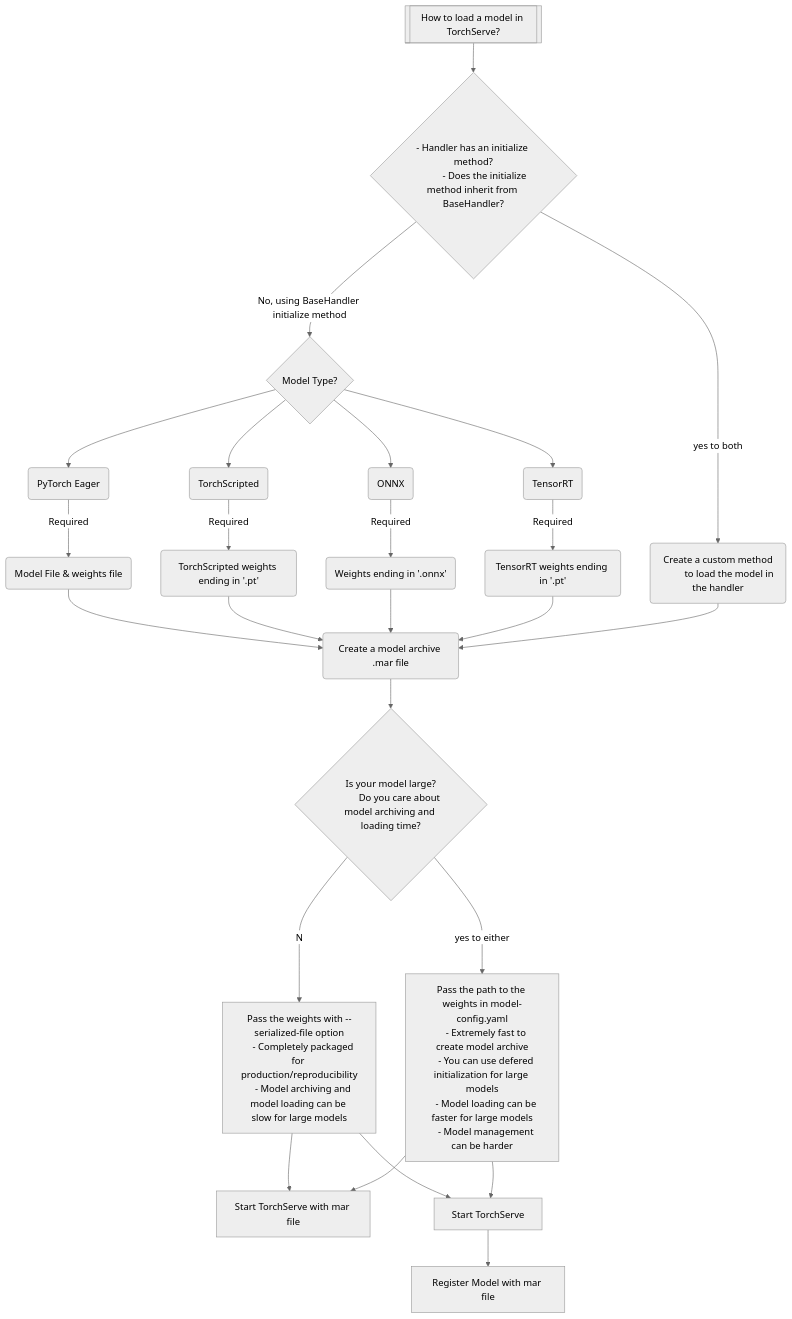
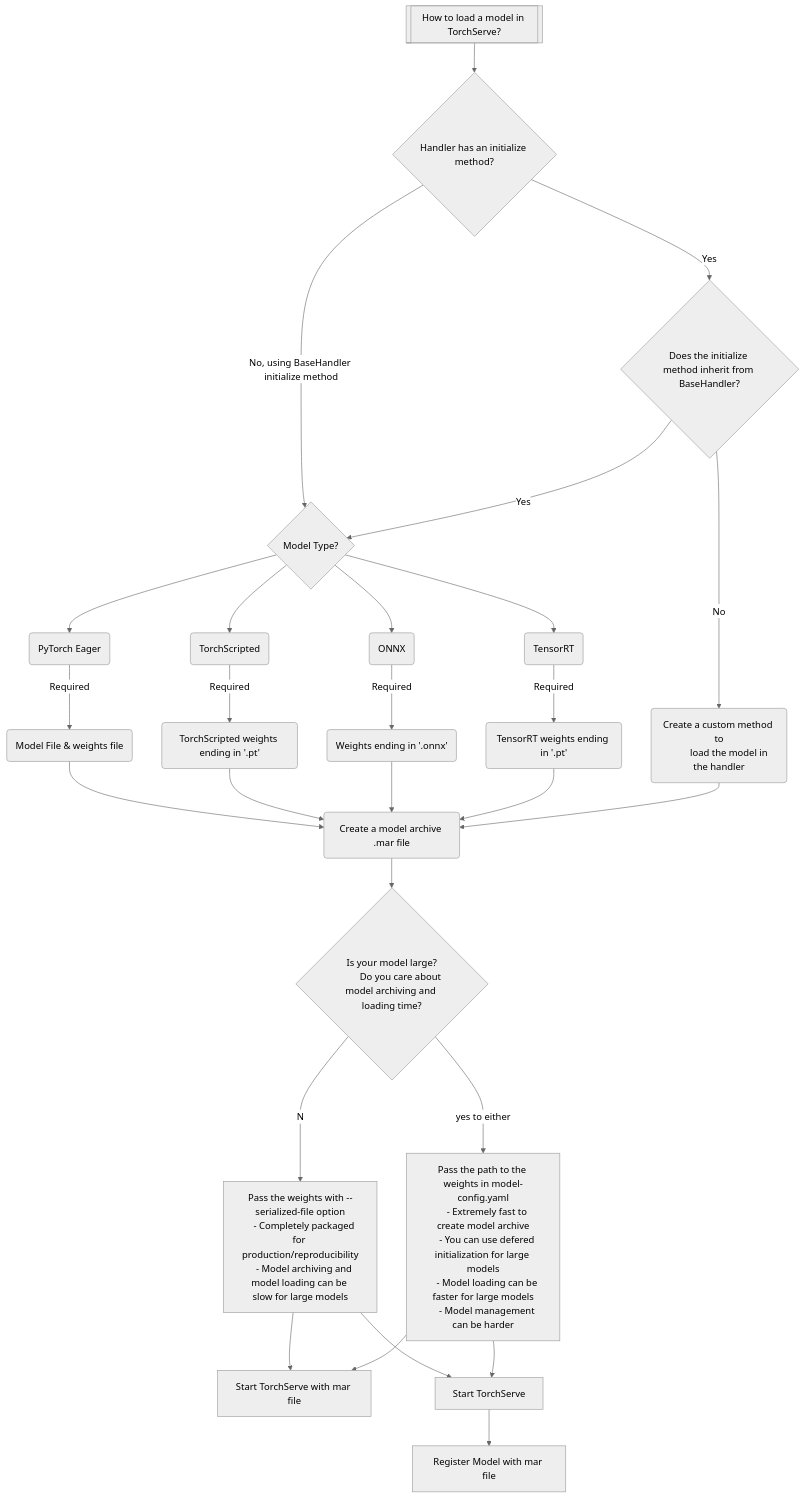
One commit to pytorch/serve changed the diagram in docs/model_loading.md. Above: the diagram before and after it, drawn with Mermaid (neutral theme).

Commit message:
Based on feedback

````diff
--- a/docs/model_loading.md
+++ b/docs/model_loading.md
@@ -6,31 +6,30 @@
 ```mermaid
 flowchart TD
     id1[[How to load a model in TorchServe?]] --> id13{Handler has an initialize method?}
-    id13{"- Handler has an initialize method?
-          - Does the initialize method inherit from BaseHandler?"} -- No, using BaseHandler initialize method --> id2{Model Type?} --> id3(PyTorch Eager)  & id4(TorchScripted) & id5(ONNX) & id6(TensorRT)
+    id13{Handler has an initialize method?} -- No, using BaseHandler initialize method --> id2{Model Type?} --> id3(PyTorch Eager)  & id4(TorchScripted) & id5(ONNX) & id6(TensorRT)
     id3(PyTorch Eager) --Required--> id7(Model File & weights file)
     id4(TorchScripted) --Required--> id8(TorchScripted weights ending in '.pt')
     id5(ONNX) --Required --> id9(Weights ending in '.onnx')
     id6(TensorRT) --Required--> id10(TensorRT weights ending in '.pt')
     id7(Model File & weights file) & id8(TorchScripted weights ending in '.pt') &  id9(Weights ending in '.onnx') & id10(TensorRT weights ending in '.pt') --> id11(Created a model archive .mar file)
-    id13{"- Handler has an initialize method?
-          - Does the initialize method inherit from BaseHandler?"} -- yes to both --> id20("Create a custom method
-          to load the model in the handler") --> id11(Create a model archive .mar file)
+    id13{Handler has an initialize method?} --Yes--> id21{"Does the initialize method inherit from BaseHandler?"}
+    id21{"Does the initialize method inherit from BaseHandler?"} -- Yes --> id2{Model Type?}
+    id21{Does the initialize method inherit from BaseHandler?} -- No --> id20("Create a custom method to
+         load the model in the handler") --> id11(Create a model archive .mar file)
     id15["Pass the weights with --serialized-file option
     - Completely packaged for production/reproducibility
     - Model archiving and model loading can be slow for large models"]
     id16["Pass the path to the weights in model-config.yaml
     - Extremely fast to create model archive
     - You can use defered initialization for large models
     - Model loading can be faster for large models
     - Model management can be harder"]
 	id11(Create a model archive .mar file) --> id14{"Is your model large?
 	Do you care about model archiving and loading time?"} --No--> id15
 	id14{"Is your model large?
 	Do you care about model archiving and loading time?"} --yes to either--> id16
 	id15 & id16 --> id17[Start TorchServe with mar file]
 	id15 & id16 --> id18[Start TorchServe] --> id19[Register Model with mar file]
 
 
-
 ```
````
